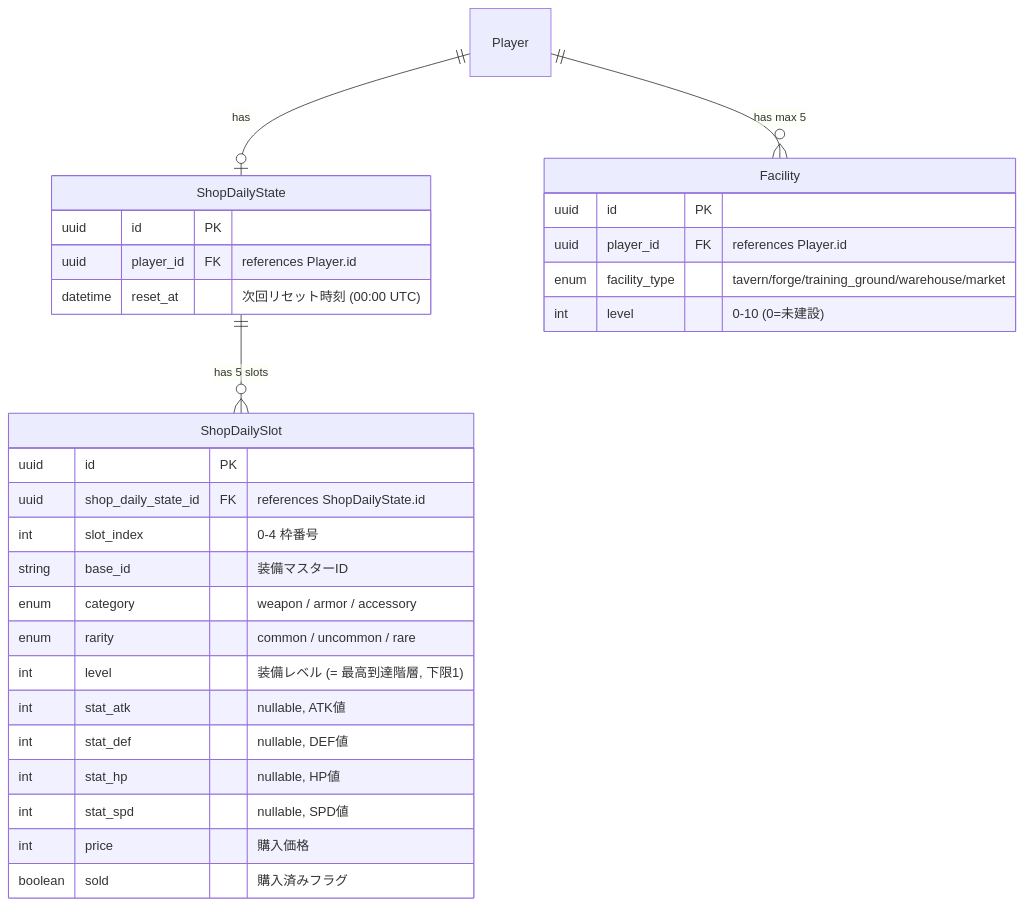
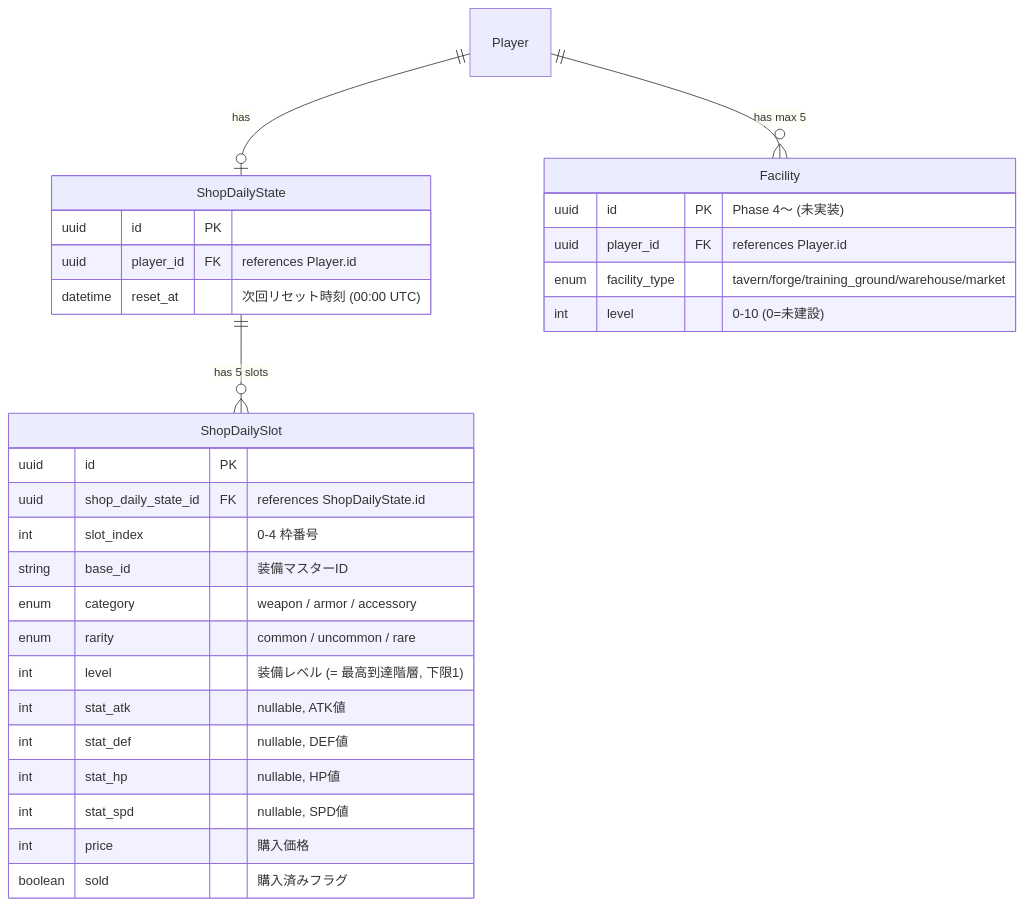
The second of 2 diagrams in diagrams/er_diagram/item.md (dateeee/2026_AFKGAME), drawn with Mermaid before and after one commit. The commit also changed other lines of this file and 42 other files, not shown here.

First line of the commit message:
docs: 要件定義〜製造ゲートRVの指摘42件を仕様書・設計図へ反映（fix-specs）

````diff
--- a/diagrams/er_diagram/item.md
+++ b/diagrams/er_diagram/item.md
@@ -54,37 +56,37 @@
 ```mermaid
 %%{init: {'theme': 'default', 'themeVariables': {'fontSize': '16px'}} }%%
 erDiagram
     Player ||--o| ShopDailyState : "has"
     Player ||--o{ Facility : "has max 5"
 
     ShopDailyState ||--o{ ShopDailySlot : "has 5 slots"
 
     ShopDailyState {
         uuid id PK
         uuid player_id FK "references Player.id"
         datetime reset_at "次回リセット時刻 (00:00 UTC)"
     }
 
     ShopDailySlot {
         uuid id PK
         uuid shop_daily_state_id FK "references ShopDailyState.id"
         int slot_index "0-4 枠番号"
         string base_id "装備マスターID"
         enum category "weapon / armor / accessory"
         enum rarity "common / uncommon / rare"
         int level "装備レベル (= 最高到達階層, 下限1)"
         int stat_atk "nullable, ATK値"
         int stat_def "nullable, DEF値"
         int stat_hp "nullable, HP値"
         int stat_spd "nullable, SPD値"
         int price "購入価格"
         boolean sold "購入済みフラグ"
     }
 
     Facility {
-        uuid id PK
+        uuid id PK "Phase 4〜 (未実装)"
         uuid player_id FK "references Player.id"
         enum facility_type "tavern/forge/training_ground/warehouse/market"
         int level "0-10 (0=未建設)"
     }
 ```
````
